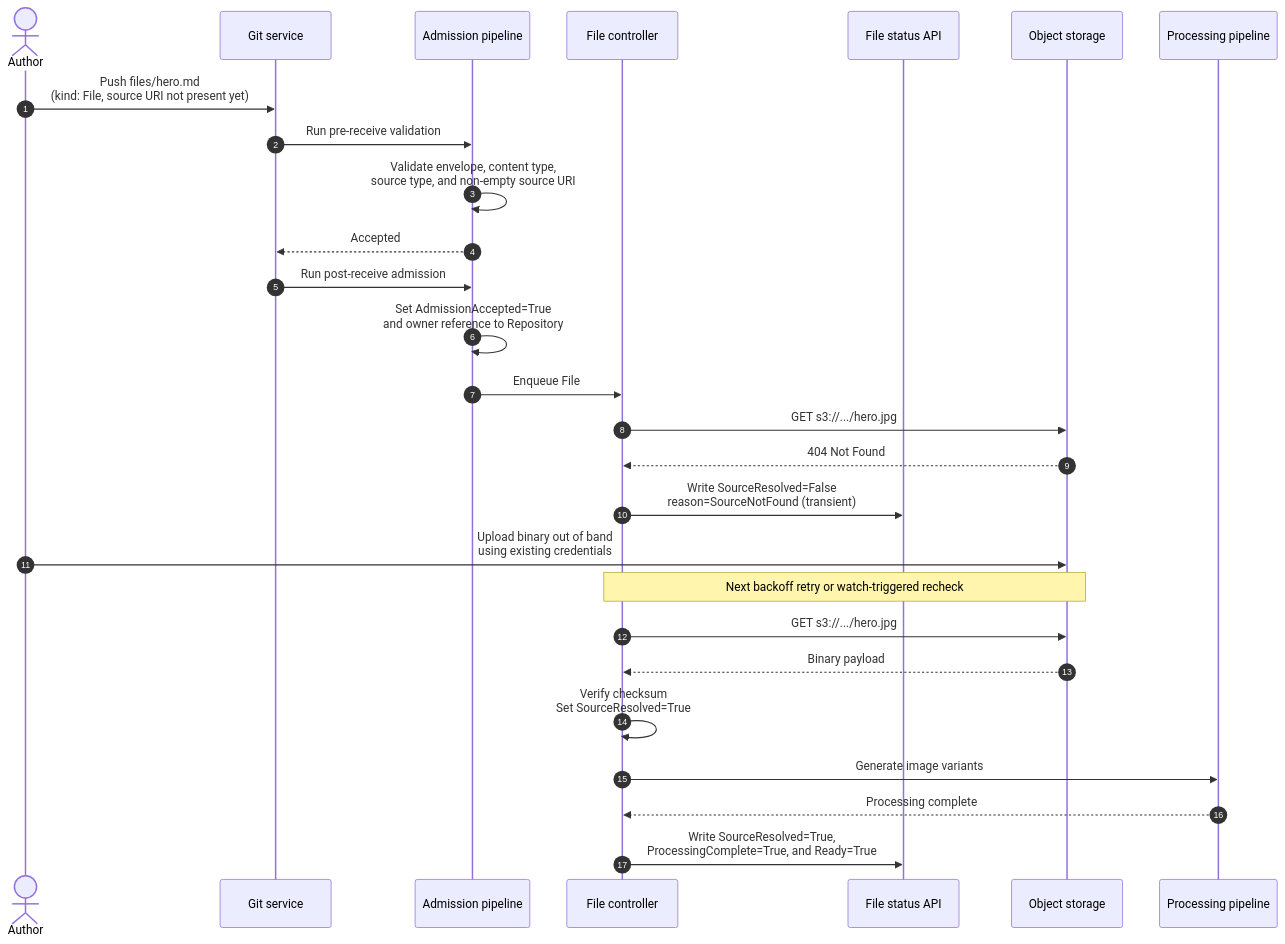
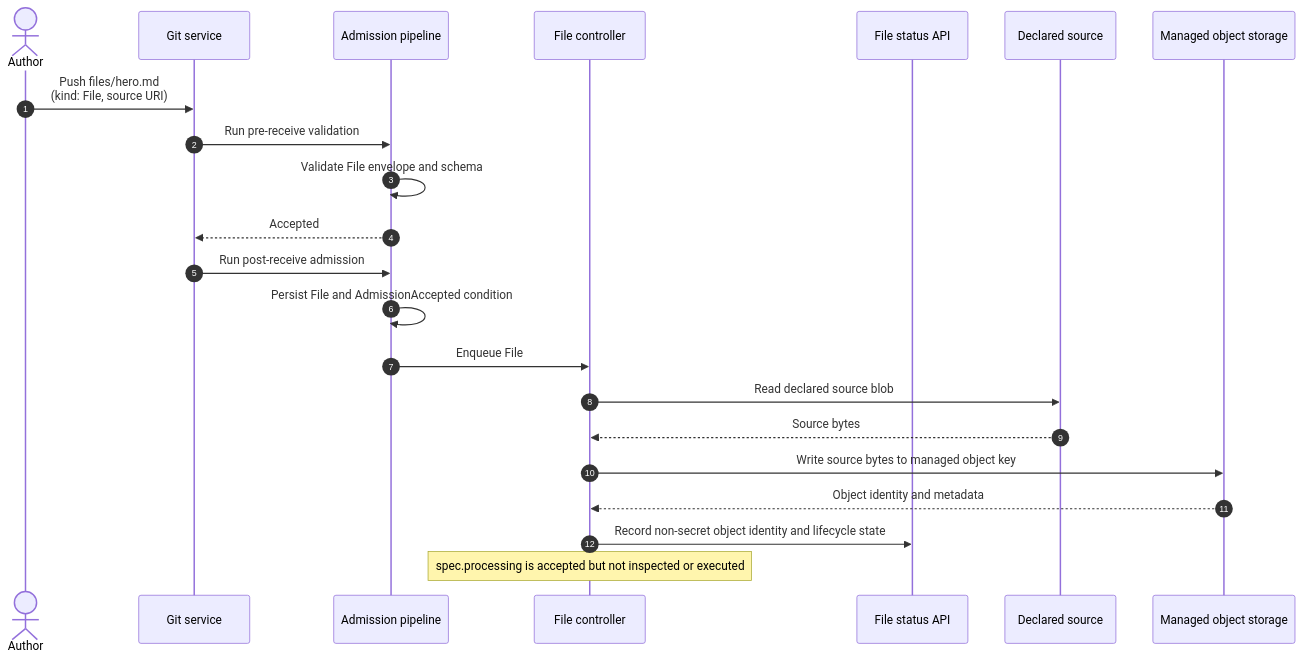
One commit to gitstore-dev/GitStore changed the third of 4 diagrams in docs/implementation/034-file-media-lifecycle-architecture.md. Above: the diagram before and after it, drawn with Mermaid. The commit also changed other lines of this file and 2 other files, not shown here.

Commit message:
feat(graphql): enhance File schema with new selectors and lifecycle details

````diff
--- a/docs/implementation/034-file-media-lifecycle-architecture.md
+++ b/docs/implementation/034-file-media-lifecycle-architecture.md
@@ -272,31 +330,25 @@
 ```mermaid
 sequenceDiagram
     autonumber
     actor Author
     participant Git as Git service
     participant Admission as Admission pipeline
     participant FileController as File controller
     participant StatusAPI as File status API
-    participant Storage as Object storage
-    participant Processor as Processing pipeline
+    participant Source as Declared source
+    participant Storage as Managed object storage
 
-    Author->>Git: Push files/hero.md<br/>(kind: File, source URI not present yet)
+    Author->>Git: Push files/hero.md<br/>(kind: File, source URI)
     Git->>Admission: Run pre-receive validation
-    Admission->>Admission: Validate envelope, content type,<br/>source type, and non-empty source URI
+    Admission->>Admission: Validate File envelope and schema
     Admission-->>Git: Accepted
     Git->>Admission: Run post-receive admission
-    Admission->>Admission: Set AdmissionAccepted=True<br/>and owner reference to Repository
+    Admission->>Admission: Persist File and AdmissionAccepted condition
     Admission->>FileController: Enqueue File
-    FileController->>Storage: GET s3://.../hero.jpg
-    Storage-->>FileController: 404 Not Found
-    FileController->>StatusAPI: Write SourceResolved=False<br/>reason=SourceNotFound (transient)
-
-    Author->>Storage: Upload binary out of band<br/>using existing credentials
-    Note over FileController,Storage: Next backoff retry or watch-triggered recheck
-    FileController->>Storage: GET s3://.../hero.jpg
-    Storage-->>FileController: Binary payload
-    FileController->>FileController: Verify checksum<br/>Set SourceResolved=True
-    FileController->>Processor: Generate image variants
-    Processor-->>FileController: Processing complete
-    FileController->>StatusAPI: Write SourceResolved=True,<br/>ProcessingComplete=True, and Ready=True
+    FileController->>Source: Read declared source blob
+    Source-->>FileController: Source bytes
+    FileController->>Storage: Write source bytes to managed object key
+    Storage-->>FileController: Object identity and metadata
+    FileController->>StatusAPI: Record non-secret object identity and lifecycle state
+    Note over FileController: spec.processing is accepted but not inspected or executed
 ```
````
